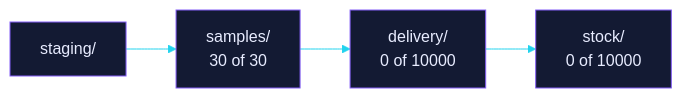
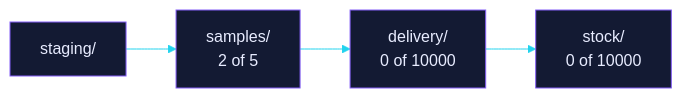
The second of 2 diagrams in README.md (EtharaOrion/bia-samples), drawn with Mermaid before and after one commit. The commit also changed other lines of this file and 1310 other files, not shown here.

````diff
--- a/README.md
+++ b/README.md
@@ -161,8 +71,8 @@
 ```mermaid
 %%{init: {"theme":"base","themeVariables":{"primaryColor":"#131a33","primaryTextColor":"#e8ecff","primaryBorderColor":"#845EF7","lineColor":"#22d3ee","fontFamily":"monospace"}}}%%
 flowchart LR
     staging["staging/"]
-    staging --> samples["samples/<br/>30 of 30"]
+    staging --> samples["samples/<br/>2 of 5"]
     samples --> delivery["delivery/<br/>0 of 10000"]
     delivery --> stock["stock/<br/>0 of 10000"]
 ```
````
